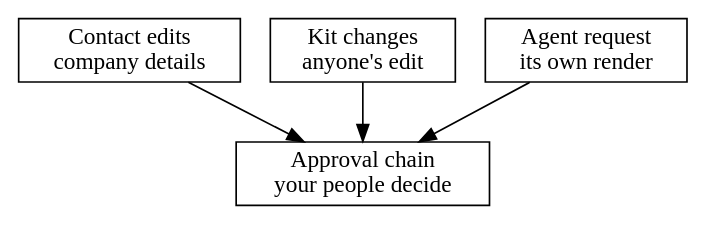
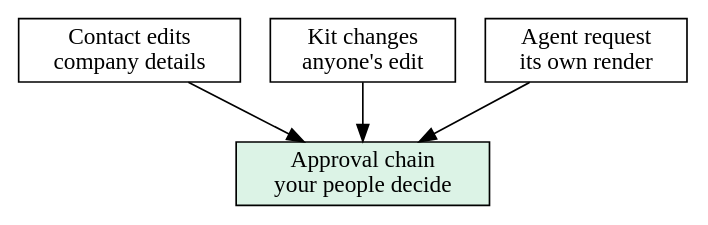
One commit to lolly-tools/lolly changed the diagram in docs/diagram-sources/work-partners/approval-paths.dot. Above: the diagram before and after it, drawn with Graphviz. The commit also changed 13 other files, not shown here.

First line of the commit message:
docs(work): partner diagrams take the docs greens and drop their own titles

```diff
--- a/docs/diagram-sources/work-partners/approval-paths.dot
+++ b/docs/diagram-sources/work-partners/approval-paths.dot
@@ -1,11 +1,11 @@
 digraph approval_paths {
   rankdir=TB
   node [shape=box]
   contact [label="Contact edits\ncompany details"]
   kit [label="Kit changes\nanyone's edit"]
   agent [label="Agent request\nits own render"]
-  chain [label="Approval chain\nyour people decide"]
+  chain [label="Approval chain\nyour people decide", style=filled, fillcolor="#dcf3e6"]
   contact -> chain
   kit -> chain
   agent -> chain
 }
```
